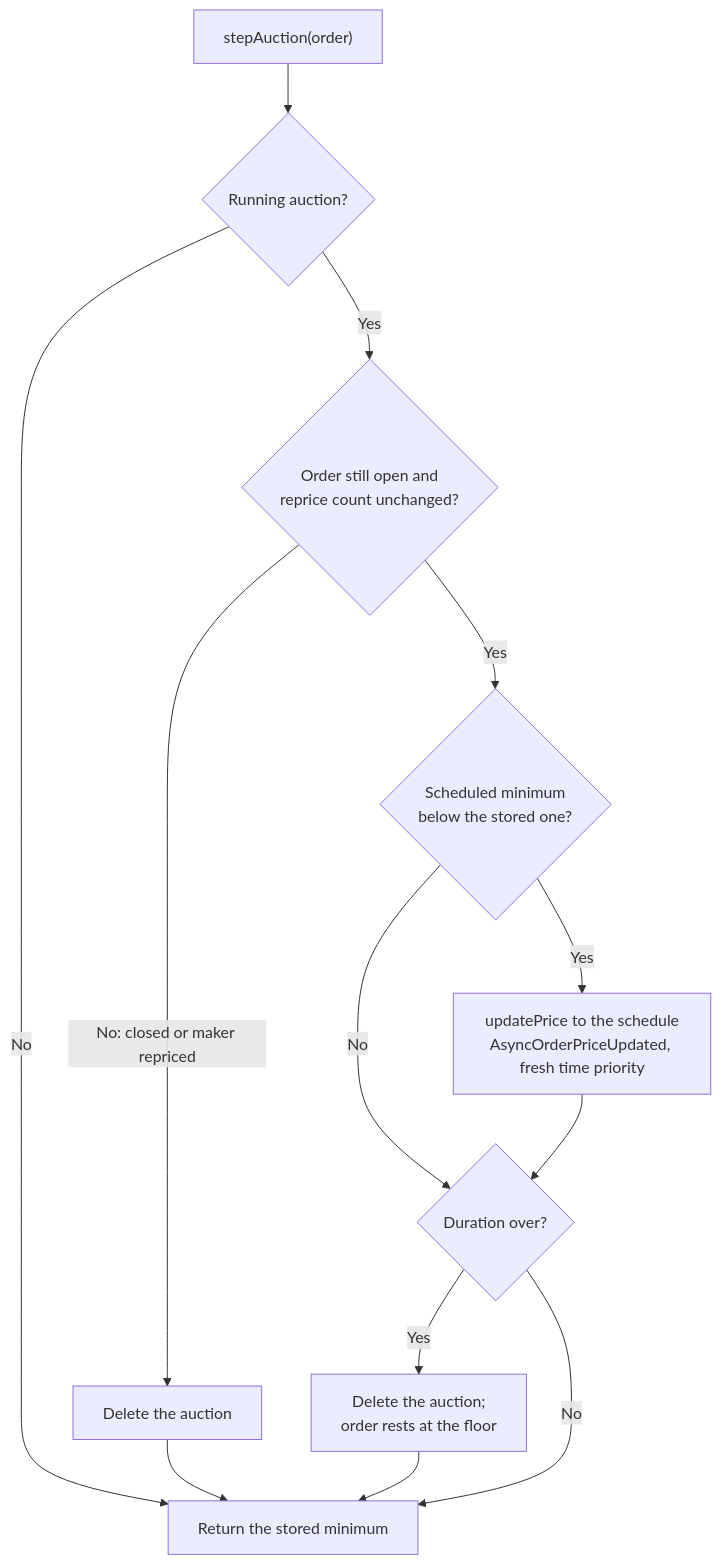
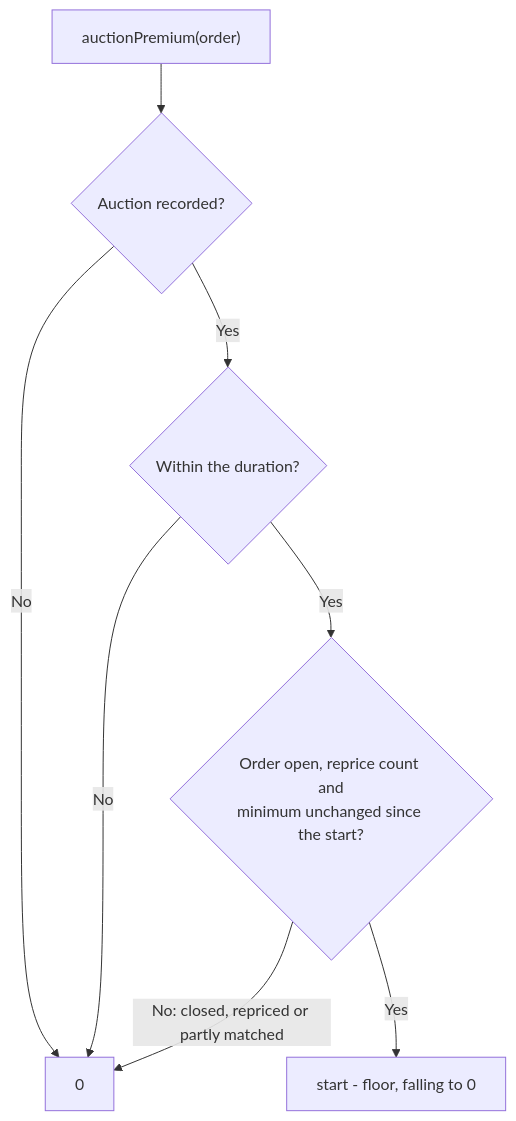
One commit to asyncswap/contracts changed the first of 2 diagrams in docs/dutch-auction.md. Above: the diagram before and after it, drawn with Mermaid. The commit also changed other lines of this file and 13 other files, not shown here.

Commit message:
Dutch auctions as a falling premium above the floor (#108)

````diff
--- a/docs/dutch-auction.md
+++ b/docs/dutch-auction.md
@@ -36,13 +32,10 @@
 ```mermaid
 flowchart TD
-    S["stepAuction(order)"] --> A{"Running auction?"}
-    A -- "No" --> R["Return the stored minimum"]
-    A -- "Yes" --> B{"Order still open and<br/>reprice count unchanged?"}
-    B -- "No: closed or maker repriced" --> D["Delete the auction"] --> R
-    B -- "Yes" --> C{"Scheduled minimum<br/>below the stored one?"}
-    C -- "Yes" --> U["updatePrice to the schedule<br/>AsyncOrderPriceUpdated, fresh time priority"]
-    C -- "No" --> E
-    U --> E{"Duration over?"}
-    E -- "Yes" --> D2["Delete the auction;<br/>order rests at the floor"] --> R
-    E -- "No" --> R
+    P["auctionPremium(order)"] --> A{"Auction recorded?"}
+    A -- "No" --> Z["0"]
+    A -- "Yes" --> D{"Within the duration?"}
+    D -- "No" --> Z
+    D -- "Yes" --> O{"Order open, reprice count and<br/>minimum unchanged since the start?"}
+    O -- "No: closed, repriced or partly matched" --> Z
+    O -- "Yes" --> S["start - floor, falling to 0"]
 ```
````
